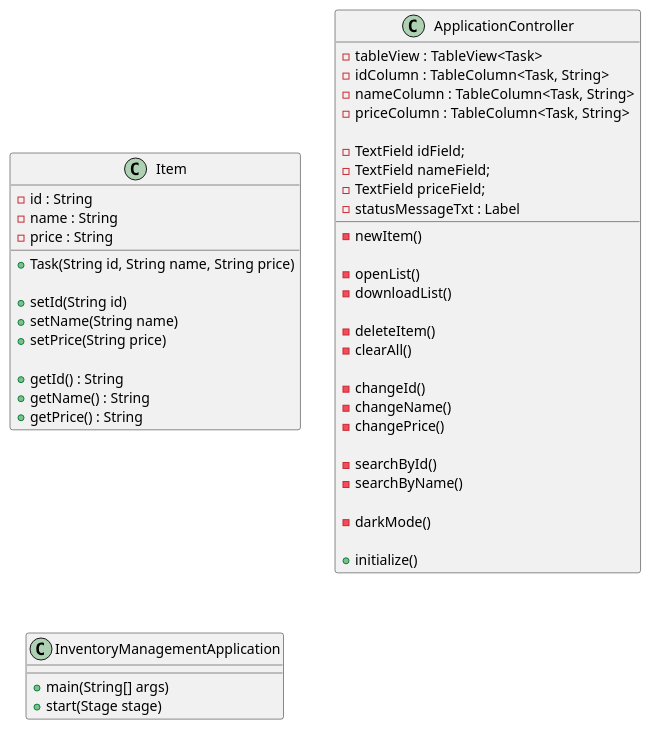
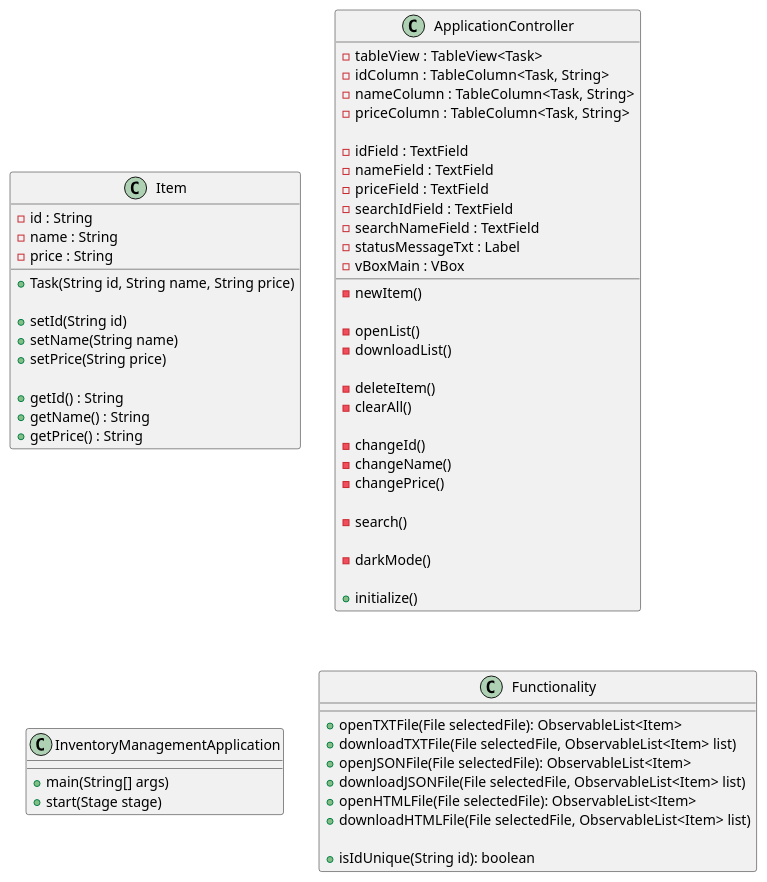
Before and after one commit to breemars/marsiano-app2: the diagram in docs/ApplicationUML.puml, drawn with PlantUML. The commit also changed 9 other files, not shown here.

```diff
--- a/docs/ApplicationUML.puml
+++ b/docs/ApplicationUML.puml
@@ -1,60 +1,74 @@
 @startuml
 
 class Item {
 'attributes
     - id : String
     - name : String
     - price : String
 
 'methods
     +Task(String id, String name, String price)
 
     +setId(String id)
     +setName(String name)
     +setPrice(String price)
 
     +getId() : String
     +getName() : String
     +getPrice() : String
 }
 
 class ApplicationController{
 'attributes
     - tableView : TableView<Task>
     - idColumn : TableColumn<Task, String>
     - nameColumn : TableColumn<Task, String>
     - priceColumn : TableColumn<Task, String>
 
-    - TextField idField;
-    - TextField nameField;
-    - TextField priceField;
+    - idField : TextField
+    - nameField : TextField
+    - priceField : TextField
+    - searchIdField : TextField
+    - searchNameField : TextField
     - statusMessageTxt : Label
+    - vBoxMain : VBox
 
 'methods
     -newItem()
 
     -openList()
     -downloadList()
 
     -deleteItem()
     -clearAll()
 
     -changeId()
     -changeName()
     -changePrice()
 
-    -searchById()
-    -searchByName()
+    -search()
 
     -darkMode()
 
     +initialize()
 }
 
 class InventoryManagementApplication{
 'methods
     +main(String[] args)
     +start(Stage stage)
 }
 
+class Functionality{
+'methods
+    +openTXTFile(File selectedFile): ObservableList<Item>
+    +downloadTXTFile(File selectedFile, ObservableList<Item> list)
+    +openJSONFile(File selectedFile): ObservableList<Item>
+    +downloadJSONFile(File selectedFile, ObservableList<Item> list)
+    +openHTMLFile(File selectedFile): ObservableList<Item>
+    +downloadHTMLFile(File selectedFile, ObservableList<Item> list)
+
+    +isIdUnique(String id): boolean
+}
+
 @enduml
```
